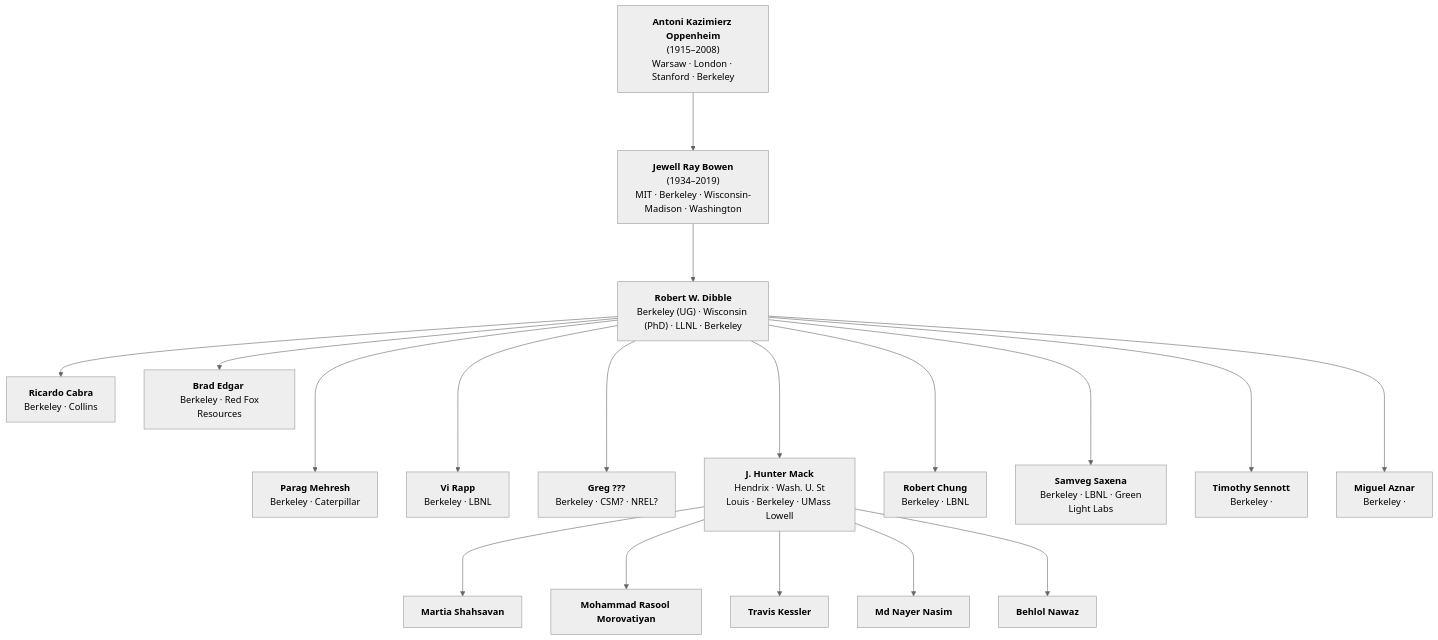
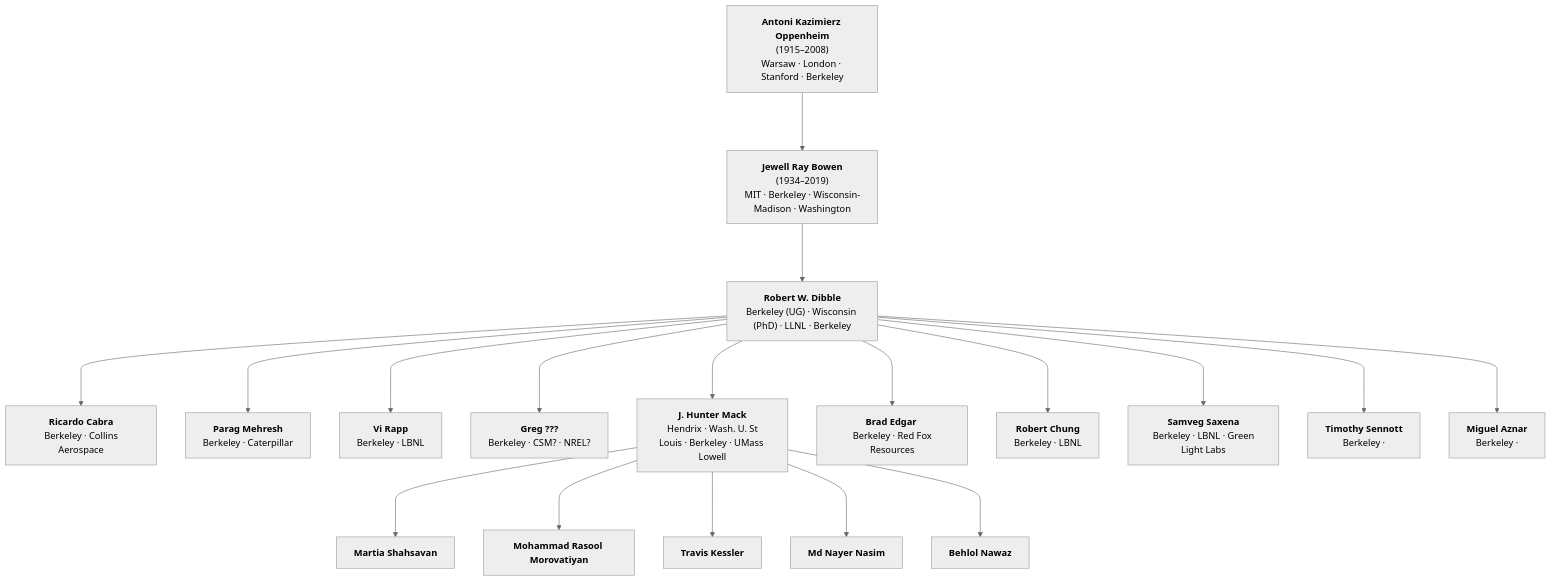
Before and after one commit to bnawaz95/ECRL-acad-tree: the diagram in acad_tree.md, drawn with Mermaid (neutral theme).

````diff
--- a/acad_tree.md
+++ b/acad_tree.md
@@ -1,45 +1,45 @@
 ```mermaid
 graph TD
     A["<b>Antoni Kazimierz Oppenheim</b><br/>(1915–2008)<br/>Warsaw · London · Stanford · Berkeley"]
 
     B["<b>Jewell Ray Bowen</b><br/>(1934–2019)<br/>MIT · Berkeley · Wisconsin-Madison · Washington"]
 
     C["<b>Robert W. Dibble</b><br/>Berkeley (UG) · Wisconsin (PhD) · LLNL · Berkeley"]
 
-    D1["<b>Ricardo Cabra</b><br/> Berkeley · Collins"]
+    D1["<b>Ricardo Cabra</b><br/> Berkeley · Collins Aerospace"]
     D2["<b>Parag Mehresh</b><br/> Berkeley · Caterpillar"]
     D3["<b>Vi Rapp</b><br/> Berkeley · LBNL"]
     D4["<b>Greg ???</b><br/> Berkeley · CSM? · NREL?"]
     D0["<b>J. Hunter Mack</b><br/> Hendrix · Wash. U. St Louis · Berkeley · UMass Lowell"]
     D5["<b>Brad Edgar </b><br/> Berkeley · Red Fox Resources"]
     D6["<b>Robert Chung</b><br/> Berkeley · LBNL"]
     D7["<b>Samveg Saxena</b><br/> Berkeley · LBNL · Green Light Labs"]
     D8["<b>Timothy Sennott</b><br/> Berkeley · "]
     D9["<b>Miguel Aznar</b><br/> Berkeley · "]
 
     E["<b>Martia Shahsavan</b>"]
     F["<b>Mohammad Rasool Morovatiyan</b>"]
     G["<b>Travis Kessler</b>"]
     H["<b>Md Nayer Nasim</b>"]
     I["<b>Behlol Nawaz</b>"]
 
     A ---> B
     B ---> C
 
     C ---> D0
-    C --> D1
+    C ---> D1
     C ---> D2
     C ---> D3
     C ---> D4
-    C --> D5
+    C ---> D5
     C ---> D6
     C ---> D7
     C ---> D8
     C ---> D9
 
     D0 ---> E
     D0 ---> F
     D0 ---> G
     D0 ---> H
     D0 ---> I
 ```
````
